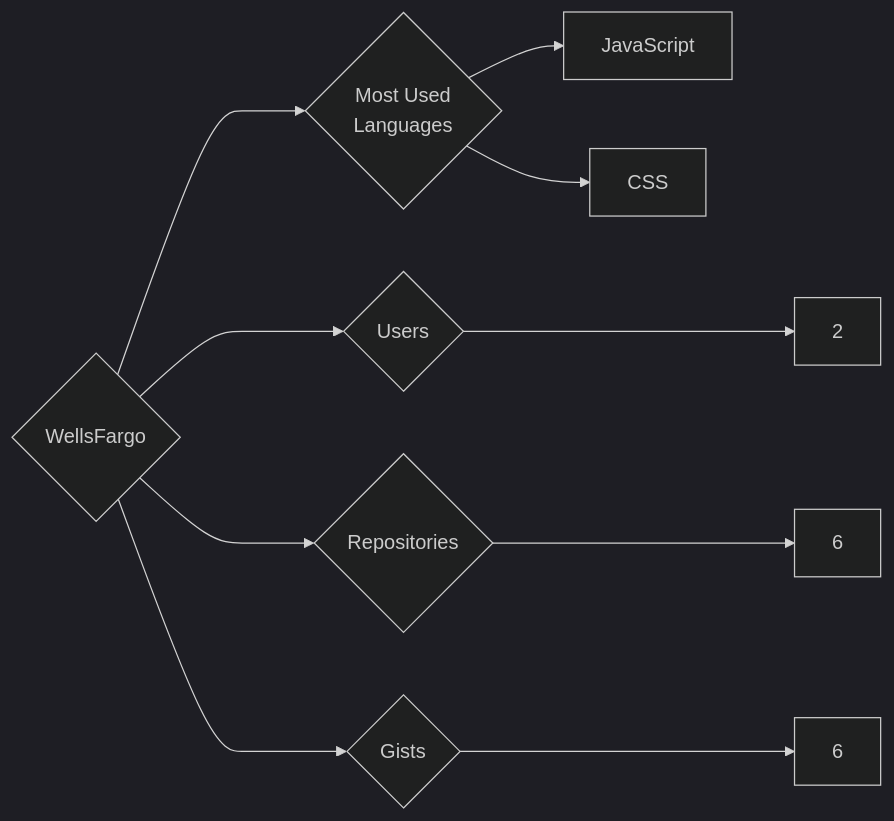
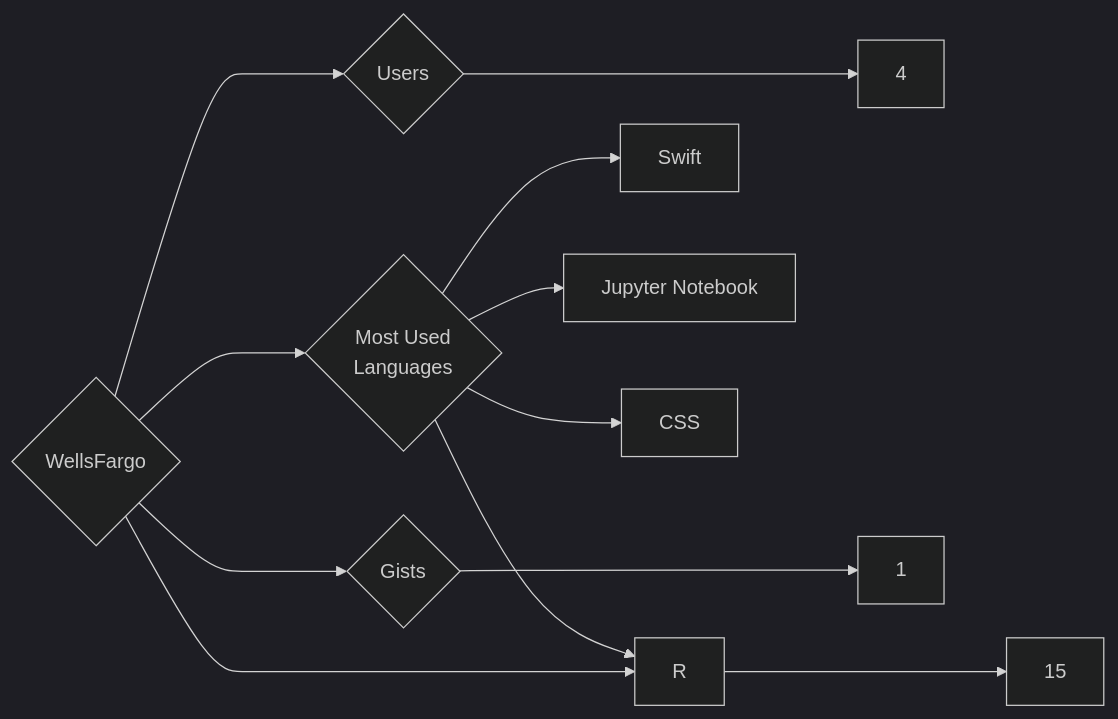
One commit to trickest/insiders changed the diagram in targets/WellsFargo/README.md. Above: the diagram before and after it, drawn with Mermaid (dark theme). The commit also changed 1508 other files, not shown here.

````diff
--- a/targets/WellsFargo/README.md
+++ b/targets/WellsFargo/README.md
@@ -3,10 +3,12 @@
 ```mermaid
 graph LR
 COMPANY_NAME{WellsFargo}
-COMPANY_NAME ---> U{Users} ---> UN[2]
-COMPANY_NAME ---> R{Repositories} ---> RN[6]
-COMPANY_NAME ---> G{Gists} ---> GN[6]
+COMPANY_NAME ---> U{Users} ---> UN[4]
+COMPANY_NAME ---> R{Repositories} ---> RN[15]
+COMPANY_NAME ---> G{Gists} ---> GN[1]
 COMPANY_NAME ---> ML{Most Used<br>Languages}
-ML --> JavaScript[JavaScript]
+ML --> Swift[Swift]
+ML --> Jupyter_Notebook[Jupyter Notebook]
+ML --> R[R]
 ML --> CSS[CSS]
 ```
````
